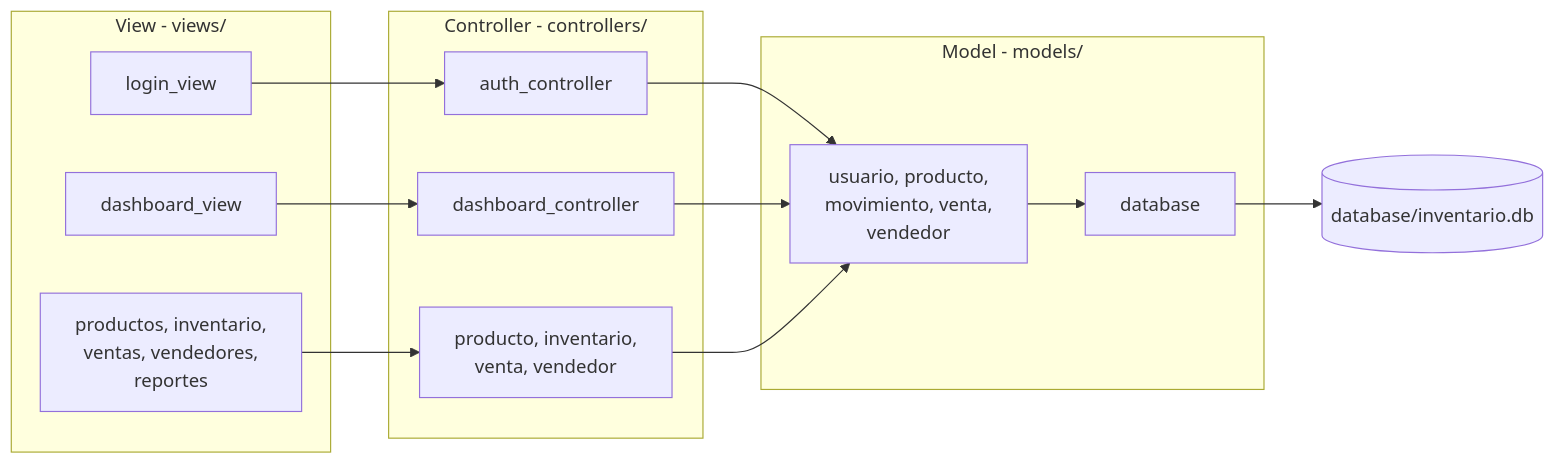
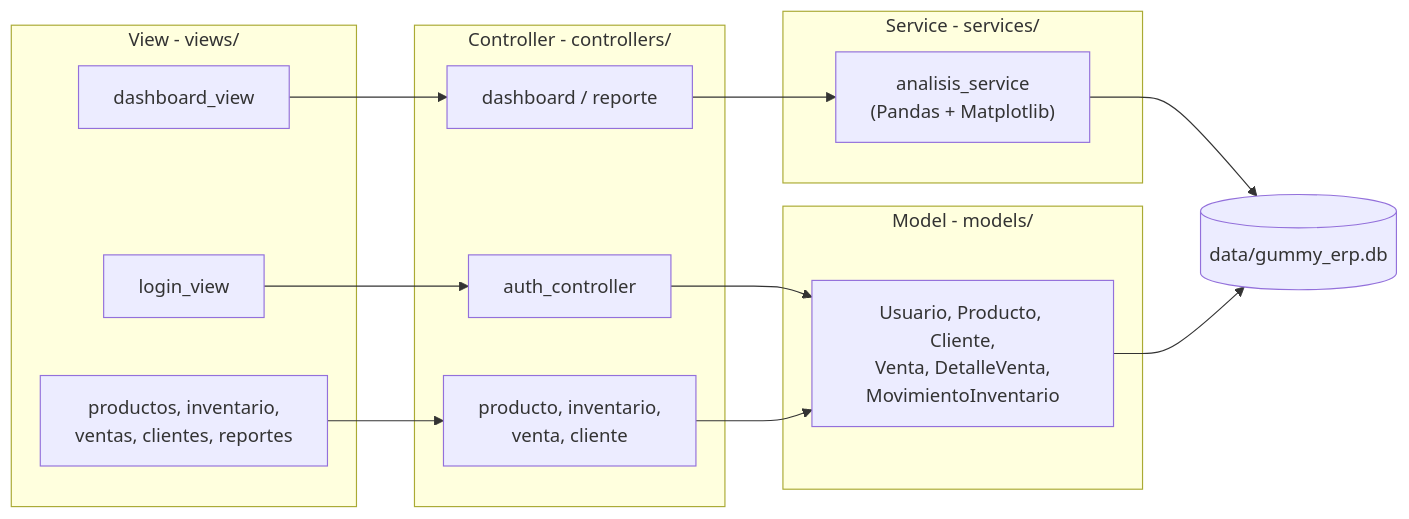
The first of 3 diagrams in README.md (VITIDEV06/ERP-GUMMY), drawn with Mermaid before and after one commit. The commit also changed other lines of this file and 33 other files, not shown here.

Commit message:
Implementación completa de GUMMY ERP: login, dashboard, módulos y análisis de datos

````diff
--- a/README.md
+++ b/README.md
@@ -84,30 +132,28 @@
 ```mermaid
 flowchart LR
     subgraph V["View - views/"]
         LV["login_view"]
         DV["dashboard_view"]
-        OV["productos, inventario,<br/>ventas, vendedores,<br/>reportes"]
+        OV["productos, inventario,<br/>ventas, clientes, reportes"]
     end
-
     subgraph C["Controller - controllers/"]
         AC["auth_controller"]
-        DC["dashboard_controller"]
-        OC["producto, inventario,<br/>venta, vendedor"]
+        DC["dashboard / reporte"]
+        OC["producto, inventario,<br/>venta, cliente"]
     end
-
+    subgraph S["Service - services/"]
+        AS["analisis_service<br/>(Pandas + Matplotlib)"]
+    end
     subgraph M["Model - models/"]
-        DBM["database"]
-        MM["usuario, producto,<br/>movimiento, venta,<br/>vendedor"]
+        MM["Usuario, Producto, Cliente,<br/>Venta, DetalleVenta,<br/>MovimientoInventario"]
     end
-
-    DB[("database/inventario.db")]
-
+    DB[("data/gummy_erp.db")]
     LV --> AC
     DV --> DC
     OV --> OC
+    DC --> AS
     AC --> MM
-    DC --> MM
     OC --> MM
-    MM --> DBM
-    DBM --> DB
+    AS --> DB
+    MM --> DB
 ```
````
